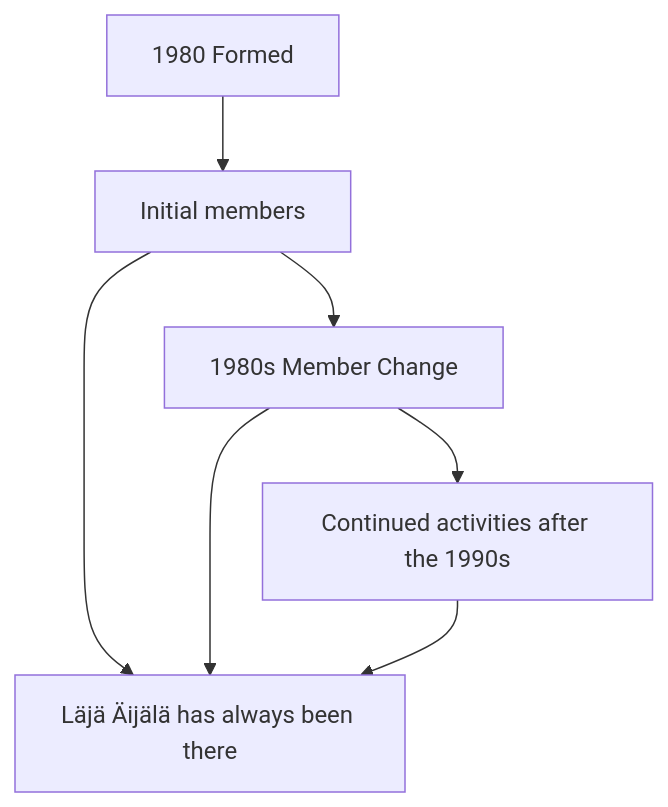
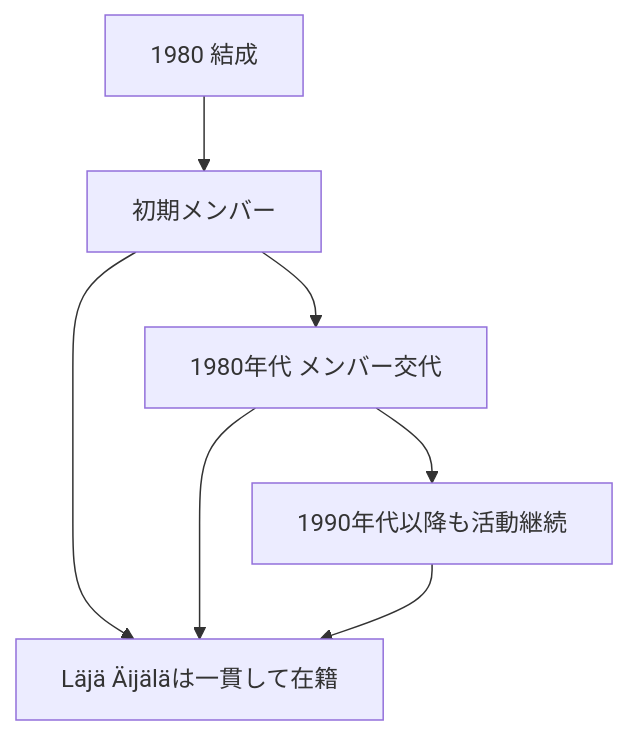
The sixth of 13 diagrams in en/_posts/2026-07-13-column-terveet-kadet.md (monumental-movement/monumental-movement.github.io), drawn with Mermaid before and after one commit. The commit also changed other lines of this file and 2196 other files, not shown here.

```diff
--- a/en/_posts/2026-07-13-column-terveet-kadet.md
+++ b/en/_posts/2026-07-13-column-terveet-kadet.md
@@ -332,16 +331,16 @@
 <div class="mermaid">
 graph TD
-A["1980 Formed"]
-B["Initial members"]
-C["1980s Member Change"]
-D["Continued activities after the 1990s"]
-E["Läjä Äijälä has always been there"]
+A["1980 結成"]
+B["初期メンバー"]
+C["1980年代 メンバー交代"]
+D["1990年代以降も活動継続"]
+E["Läjä Äijäläは一貫して在籍"]
 
 A --> B
 B --> C
 C --> D
 B --> E
 C --> E
 D --> E
 
 </div>
```
